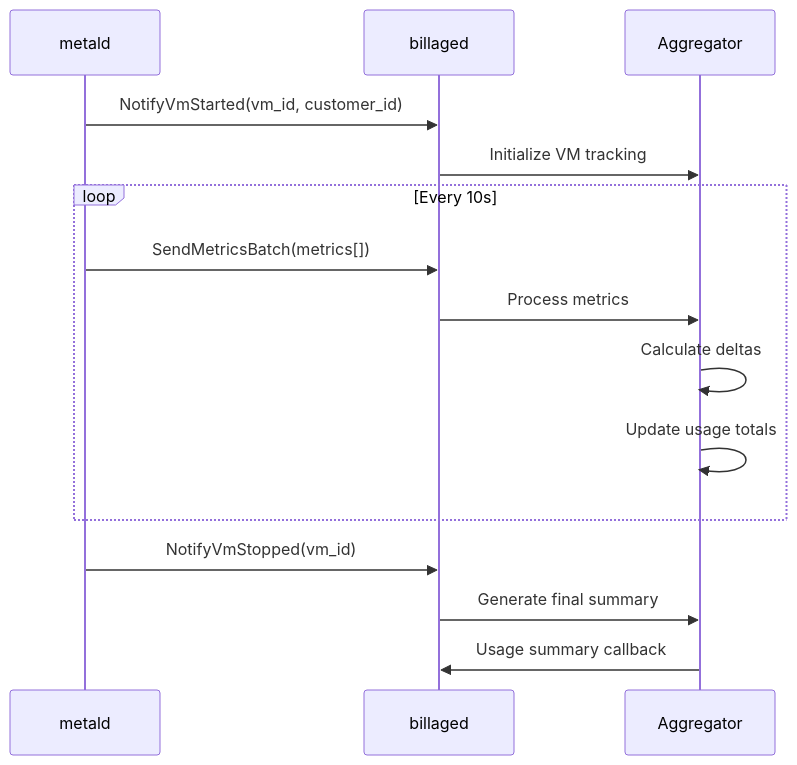
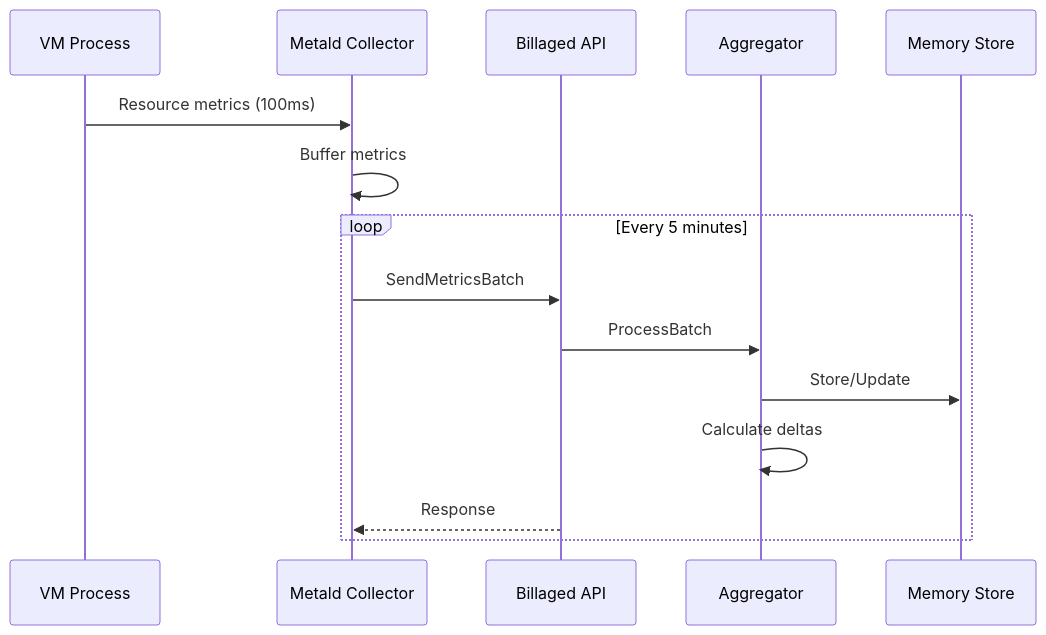
Before and after one commit to unkeyed/unkey: the second of 3 diagrams in go/deploy/billaged/docs/architecture/README.md, drawn with Mermaid. The commit also changed other lines of this file and 14 other files, not shown here.

````diff
--- a/go/deploy/billaged/docs/architecture/README.md
+++ b/go/deploy/billaged/docs/architecture/README.md
@@ -110,20 +155,19 @@
 ```mermaid
 sequenceDiagram
-    participant M as metald
-    participant B as billaged
-    participant A as Aggregator
+    participant VM as VM Process
+    participant MC as Metald Collector
+    participant BA as Billaged API
+    participant AGG as Aggregator
+    participant MEM as Memory Store
     
-    M->>B: NotifyVmStarted(vm_id, customer_id)
-    B->>A: Initialize VM tracking
+    VM->>MC: Resource metrics (100ms)
+    MC->>MC: Buffer metrics
     
-    loop Every 10s
-        M->>B: SendMetricsBatch(metrics[])
-        B->>A: Process metrics
-        A->>A: Calculate deltas
-        A->>A: Update usage totals
+    loop Every 5 minutes
+        MC->>BA: SendMetricsBatch
+        BA->>AGG: ProcessBatch
+        AGG->>MEM: Store/Update
+        AGG->>AGG: Calculate deltas
+        BA-->>MC: Response
     end
-    
-    M->>B: NotifyVmStopped(vm_id)
-    B->>A: Generate final summary
-    A->>B: Usage summary callback
 ```
````
